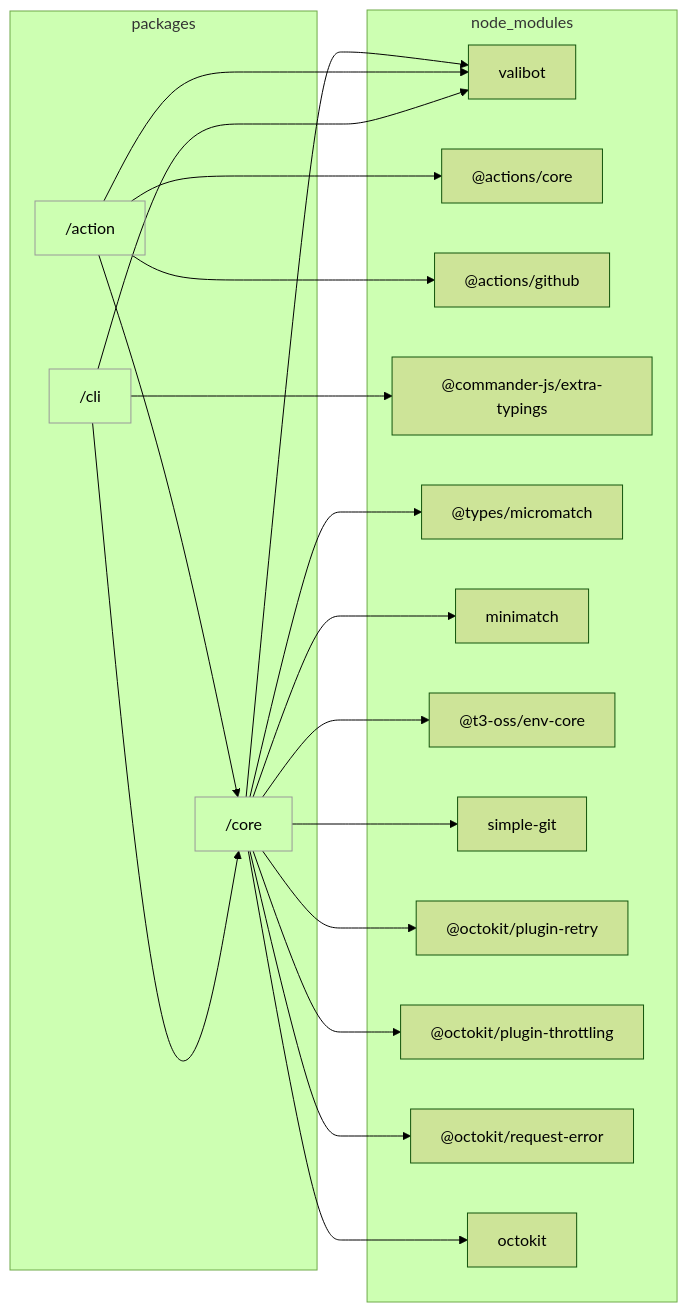
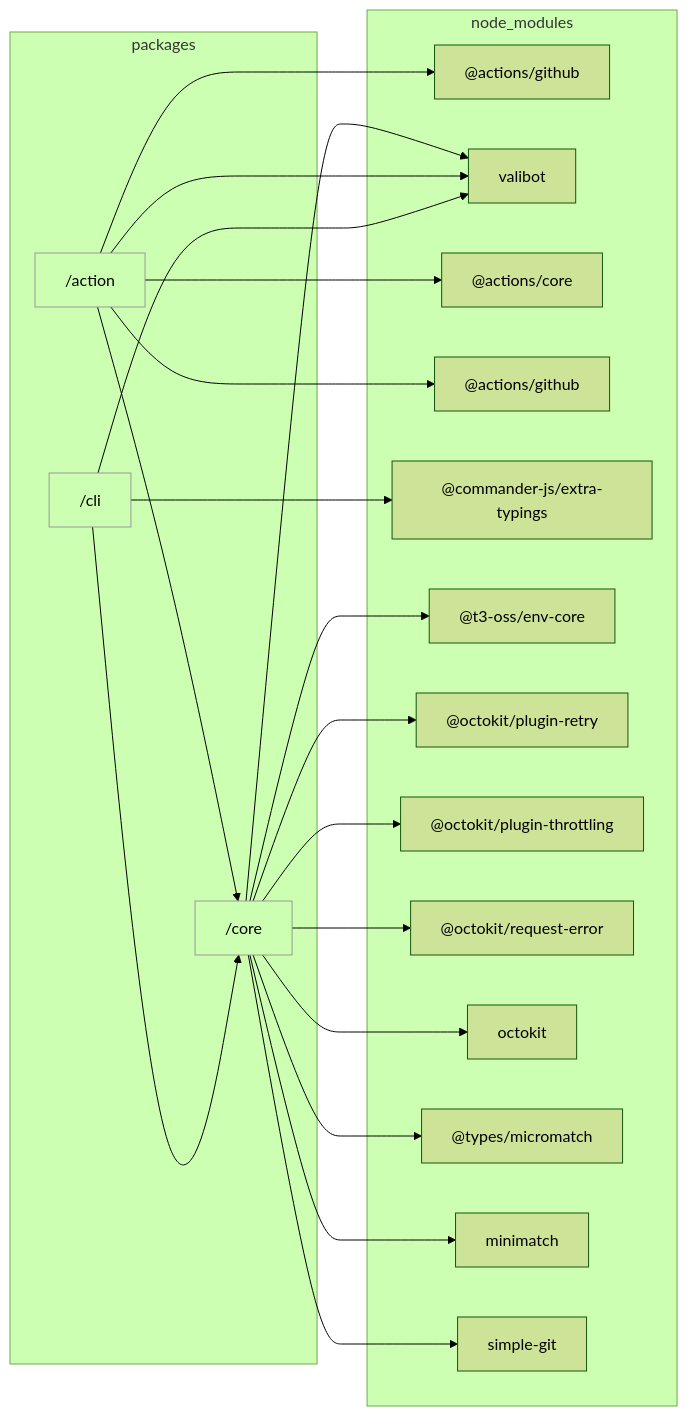
The diagram in docs/reports/dependencies/overview.md (sugurutakahashi-1234/issue-linker), drawn with Mermaid (forest theme) before and after one commit. The commit also changed 18 other files, not shown here.

First line of the commit message:
feat: add GitHub Actions helpers for branch name extraction [deps-change]

````diff
--- a/docs/reports/dependencies/overview.md
+++ b/docs/reports/dependencies/overview.md
@@ -7,39 +7,41 @@
 ```mermaid
 flowchart LR
     classDef dir fill:#0000,stroke:#999
     subgraph packages["packages"]
+        packages/action["/action"]:::dir
         packages/core["/core"]:::dir
-        packages/action["/action"]:::dir
         packages/cli["/cli"]:::dir
     end
     subgraph node//modules["node_modules"]
+        node//modules///actions/github/lib/context.d.ts["@actions/github"]
         node//modules/valibot/dist/index.d.cts["valibot"]
         node//modules///actions/core/lib/core.d.ts["@actions/core"]
         node//modules///actions/github/lib/github.d.ts["@actions/github"]
         node//modules///commander//js/extra//typings/index.d.ts["@commander-js/extra-typings"]
-        node//modules///types/micromatch/index.d.ts["@types/micromatch"]
-        node//modules/minimatch/dist/commonjs/index.d.ts["minimatch"]
         node//modules///t3//oss/env//core/dist/index.d.ts["@t3-oss/env-core"]
-        node//modules/simple//git/dist/typings/index.d.ts["simple-git"]
         node//modules///octokit/plugin//retry/dist//types/index.d.ts["@octokit/plugin-retry"]
         node//modules///octokit/plugin//throttling/dist//types/index.d.ts["@octokit/plugin-throttling"]
         node//modules///octokit/request//error/dist//types/index.d.ts["@octokit/request-error"]
         node//modules/octokit/dist//types/index.d.ts["octokit"]
+        node//modules///types/micromatch/index.d.ts["@types/micromatch"]
+        node//modules/minimatch/dist/commonjs/index.d.ts["minimatch"]
+        node//modules/simple//git/dist/typings/index.d.ts["simple-git"]
     end
+    packages/action-->node//modules///actions/github/lib/context.d.ts
     packages/core-->node//modules/valibot/dist/index.d.cts
     packages/action-->node//modules///actions/core/lib/core.d.ts
     packages/action-->node//modules///actions/github/lib/github.d.ts
     packages/action-->packages/core
     packages/action-->node//modules/valibot/dist/index.d.cts
     packages/cli-->node//modules///commander//js/extra//typings/index.d.ts
     packages/cli-->packages/core
     packages/cli-->node//modules/valibot/dist/index.d.cts
-    packages/core-->node//modules///types/micromatch/index.d.ts
-    packages/core-->node//modules/minimatch/dist/commonjs/index.d.ts
     packages/core-->node//modules///t3//oss/env//core/dist/index.d.ts
-    packages/core-->node//modules/simple//git/dist/typings/index.d.ts
     packages/core-->node//modules///octokit/plugin//retry/dist//types/index.d.ts
     packages/core-->node//modules///octokit/plugin//throttling/dist//types/index.d.ts
     packages/core-->node//modules///octokit/request//error/dist//types/index.d.ts
     packages/core-->node//modules/octokit/dist//types/index.d.ts
+    packages/core-->node//modules///types/micromatch/index.d.ts
+    packages/core-->node//modules/minimatch/dist/commonjs/index.d.ts
+    packages/core-->node//modules/simple//git/dist/typings/index.d.ts
 ```
````
